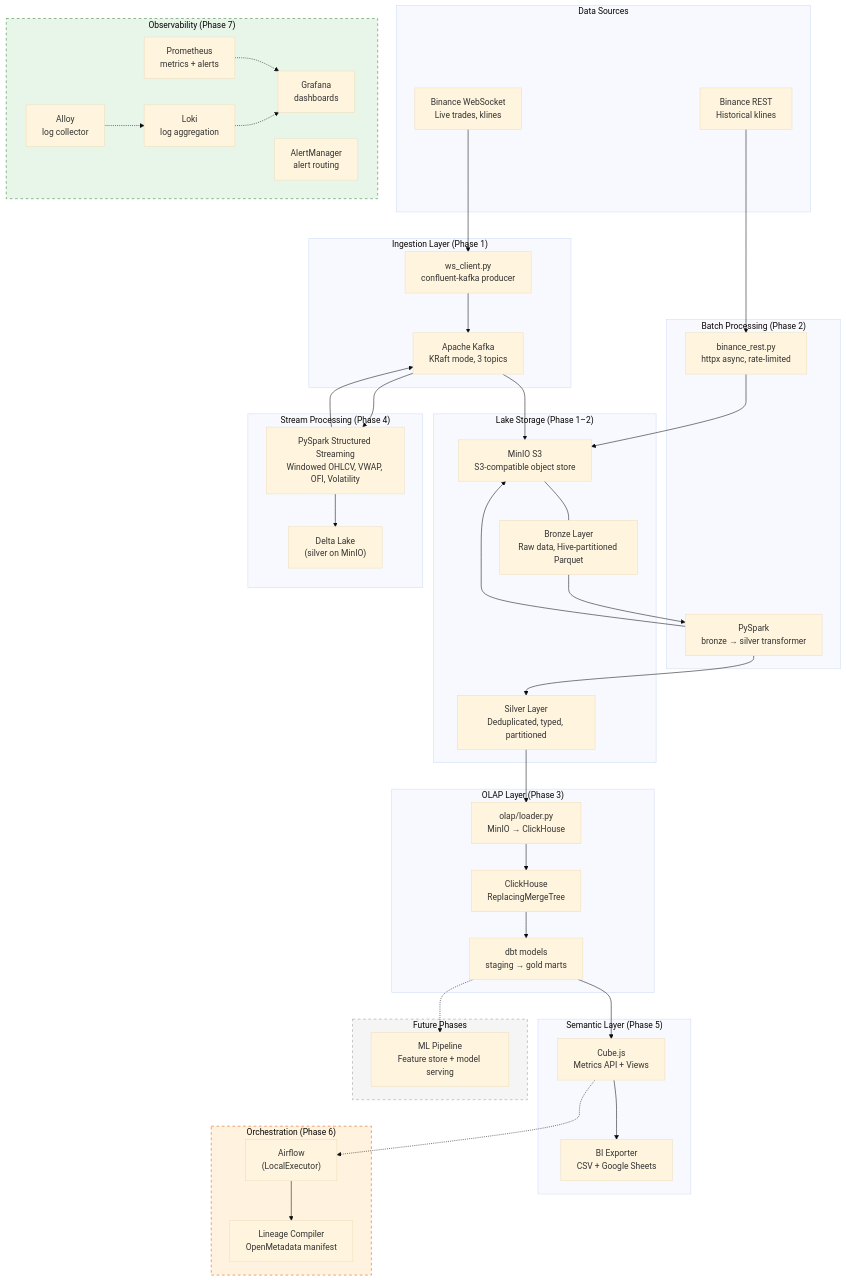
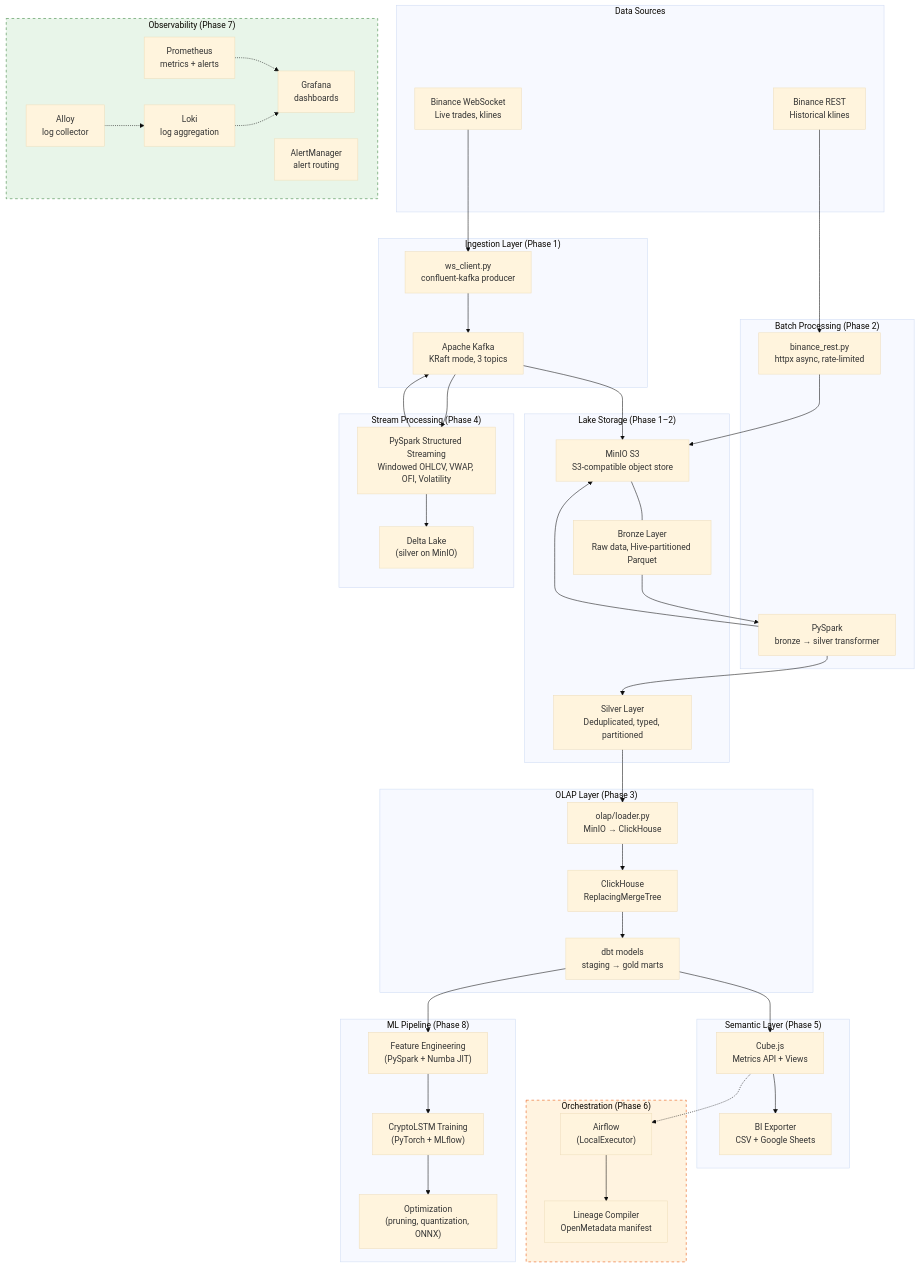
The diagram in docs/architecture/overview.md (weecici/project-x), drawn with Mermaid (base theme) before and after one commit. The commit also changed other lines of this file and 8 other files, not shown here.

````diff
--- a/docs/architecture/overview.md
+++ b/docs/architecture/overview.md
@@ -56,8 +56,10 @@
         ALLOY["Alloy\nlog collector"]
     end
 
-    subgraph FUTURE["Future Phases"]
-        ML["ML Pipeline\nFeature store + model serving"]
+    subgraph ML["ML Pipeline (Phase 8)"]
+        FEAT["Feature Engineering\n(PySpark + Numba JIT)"]
+        TRAIN["CryptoLSTM Training\n(PyTorch + MLflow)"]
+        OPT["Optimization\n(pruning, quantization, ONNX)"]
     end
 
     WS --> PROD --> KAFKA
@@ -82,13 +84,14 @@
     CUBE -.-> AIRFLOW
     AIRFLOW --> LINEAGE
 
-    DBT -.-> ML
+    DBT --> FEAT
+    FEAT --> TRAIN
+    TRAIN --> OPT
 
     PROM -.-> GRAF
     LOKI -.-> GRAF
     ALLOY -.-> LOKI
 
-    style FUTURE fill:#f5f5f5,stroke:#999,stroke-dasharray: 5 5
     style ORCH fill:#fff3e0,stroke:#e65100,stroke-dasharray: 5 5
     style OBS fill:#e8f5e9,stroke:#2e7d32,stroke-dasharray: 5 5
 ```
````
